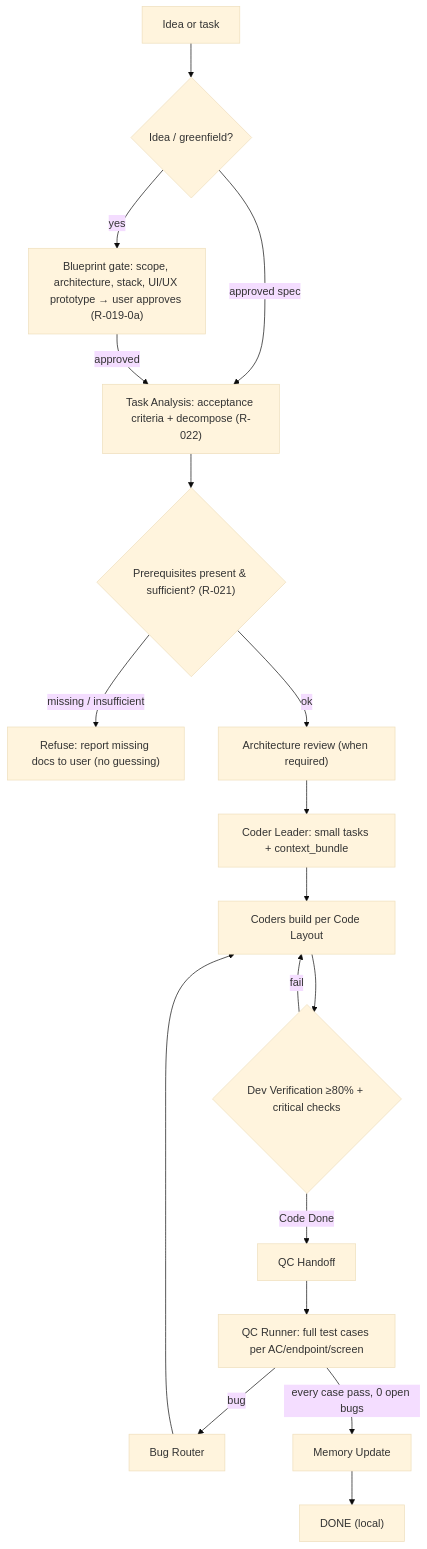
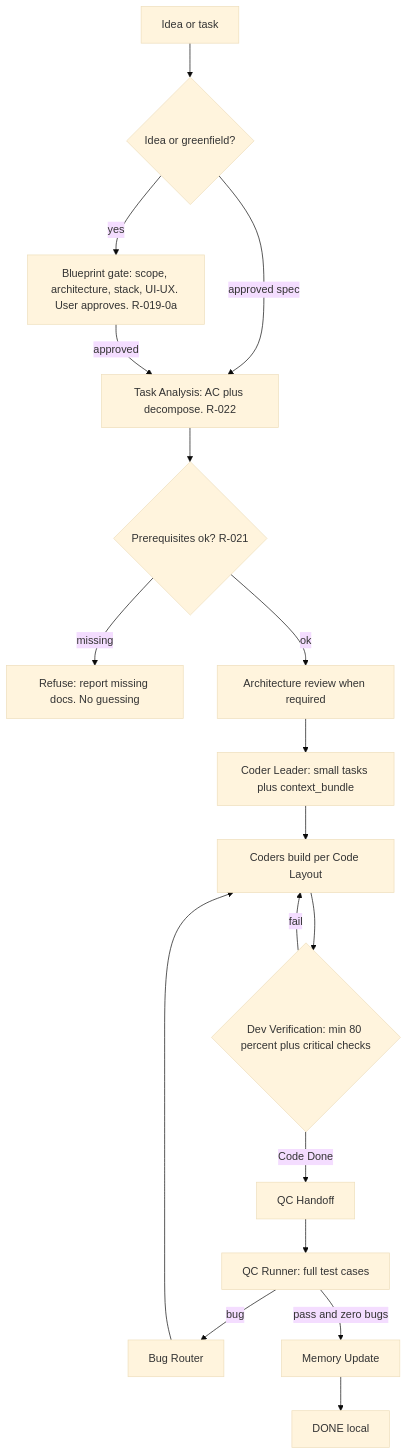
The third of 10 diagrams in .maestro/engine/docs/visual-flow.md (ryan-nguyen-01/agent-workspace), drawn with Mermaid (base theme) before and after one commit. The commit also changed other lines of this file and 8 other files, not shown here.

First line of the commit message:
fix(diagrams): mermaid-safe syntax + single source; docs link to visual-flow

````diff
--- a/.maestro/engine/docs/visual-flow.md
+++ b/.maestro/engine/docs/visual-flow.md
@@ -41,18 +47,20 @@
 ```mermaid
 flowchart TD
-  I["Idea or task"] --> DG{"Idea / greenfield?"}
-  DG -->|yes| BP["Blueprint gate: scope, architecture, stack, UI/UX prototype → user approves (R-019-0a)"]
+  I["Idea or task"] --> DG{"Idea or greenfield?"}
+  DG -->|yes| BP["Blueprint gate: scope, architecture, stack, UI-UX. User approves. R-019-0a"]
   DG -->|approved spec| TA
-  BP -->|approved| TA["Task Analysis: acceptance criteria + decompose (R-022)"]
-  TA --> PR{"Prerequisites present & sufficient? (R-021)"}
-  PR -->|"missing / insufficient"| ASK["Refuse: report missing docs to user (no guessing)"]
-  PR -->|ok| ARC["Architecture review (when required)"]
-  ARC --> PLAN["Coder Leader: small tasks + context_bundle"]
+  BP -->|approved| TA["Task Analysis: AC plus decompose. R-022"]
+  TA --> PR{"Prerequisites ok? R-021"}
+  PR -->|missing| ASK["Refuse: report missing docs. No guessing"]
+  PR -->|ok| ARC["Architecture review when required"]
+  ARC --> PLAN["Coder Leader: small tasks plus context_bundle"]
   PLAN --> CODE["Coders build per Code Layout"]
-  CODE --> DV{"Dev Verification ≥80% + critical checks"}
+  CODE --> DV{"Dev Verification: min 80 percent plus critical checks"}
   DV -->|fail| CODE
   DV -->|Code Done| HO["QC Handoff"]
-  HO --> QC["QC Runner: full test cases per AC/endpoint/screen"]
-  QC -->|bug| BUG["Bug Router"] --> CODE
-  QC -->|"every case pass, 0 open bugs"| MEM["Memory Update"] --> DONE["DONE (local)"]
+  HO --> QC["QC Runner: full test cases"]
+  QC -->|bug| BUG["Bug Router"]
+  BUG --> CODE
+  QC -->|pass and zero bugs| MEM["Memory Update"]
+  MEM --> DONE["DONE local"]
 ```
````
